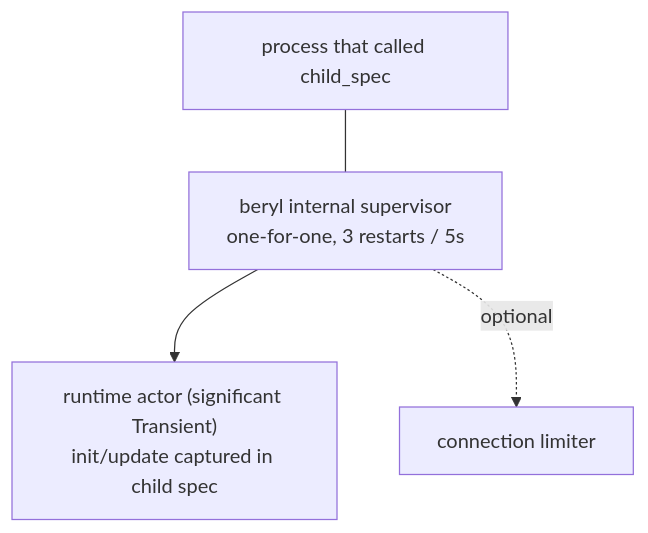
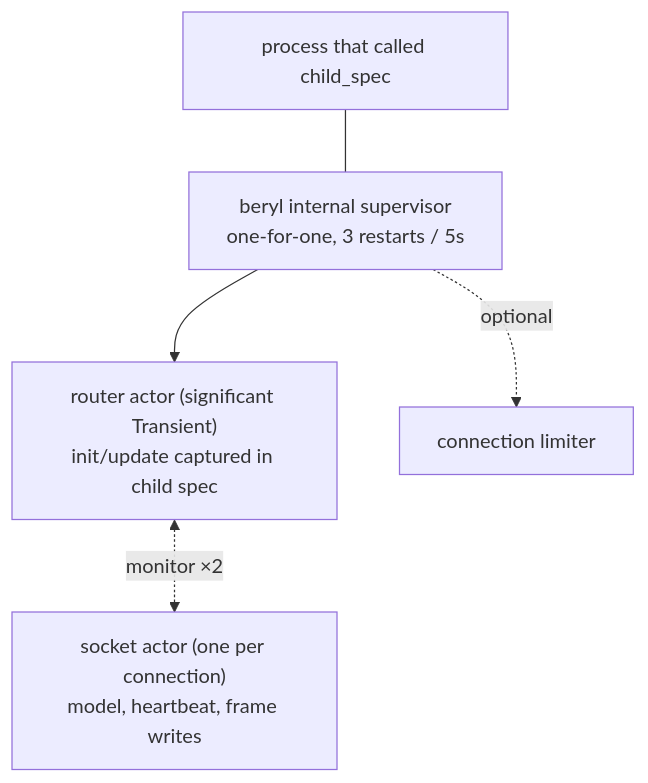
The diagram in website/src/content/docs/architecture/runtime.md (tylerbutler/beryl), drawn with Mermaid before and after one commit. The commit also changed other lines of this file and 8 other files, not shown here.

First line of the commit message:
docs: describe the router + per-socket-actor runtime

````diff
--- a/website/src/content/docs/architecture/runtime.md
+++ b/website/src/content/docs/architecture/runtime.md
@@ -77,7 +83,8 @@
 ```mermaid
 flowchart TB
   APP["process that called child_spec"]
   APP --- SUP["beryl internal supervisor<br/>one-for-one, 3 restarts / 5s"]
-  SUP --> RT["runtime actor (significant Transient)<br/>init/update captured in child spec"]
+  SUP --> RT["router actor (significant Transient)<br/>init/update captured in child spec"]
   SUP -. optional .-> LIMITER["connection limiter"]
+  RT <-. "monitor ×2" .-> SA1["socket actor (one per connection)<br/>model, heartbeat, frame writes"]
 ```
````
